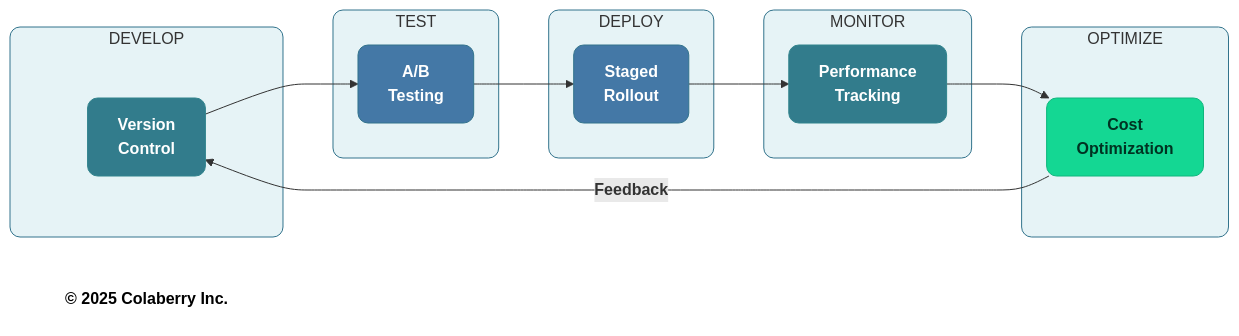
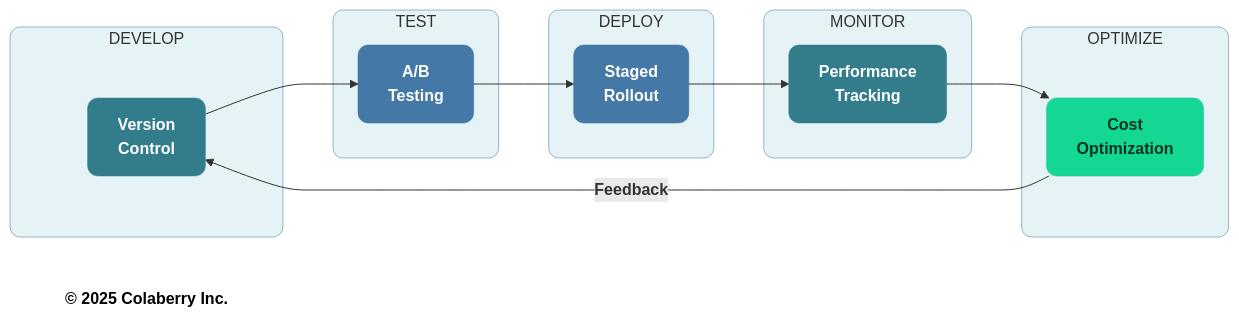
Before and after one commit to saitejesh-cyber/trust-before-intelligence-book: the third of 6 diagrams in manuscript/13_chapter_12_running_agents_at_scale_v1_2.md, drawn with Mermaid. The commit also changed other lines of this file and 12 other files, not shown here.

Commit message:
Update stroke width to 0.5px instead of 1px to all the diagrams

````diff
--- a/manuscript/13_chapter_12_running_agents_at_scale_v1_2.md
+++ b/manuscript/13_chapter_12_running_agents_at_scale_v1_2.md
@@ -311,39 +311,39 @@
 ```mermaid
 graph LR
     subgraph DEVELOP["DEVELOP"]
         D1["<b>Version<br/>Control</b>"]
     end
     
     subgraph TEST["TEST"]
         T1["<b>A/B<br/>Testing</b>"]
     end
     
     subgraph DEPLOY["DEPLOY"]
         P1["<b>Staged<br/>Rollout</b>"]
     end
     
     subgraph MONITOR["MONITOR"]
         M1["<b>Performance<br/>Tracking</b>"]
     end
     
     subgraph OPTIMIZE["OPTIMIZE"]
         O1["<b>Cost<br/>Optimization</b>"]
     end
     
     D1 --> T1 --> P1 --> M1 --> O1
     O1 -->|<b>Feedback</b>| D1
     
     Copyright["<b>© 2025 Colaberry Inc.</b>"]
     
-    style DEVELOP fill:#E6F3F6,stroke:#32738C,stroke-width:1px,rx:10,ry:10
-    style TEST fill:#E6F3F6,stroke:#32738C,stroke-width:1px,rx:10,ry:10
-    style DEPLOY fill:#E6F3F6,stroke:#32738C,stroke-width:1px,rx:10,ry:10
-    style MONITOR fill:#E6F3F6,stroke:#32738C,stroke-width:1px,rx:10,ry:10
-    style OPTIMIZE fill:#E6F3F6,stroke:#32738C,stroke-width:1px,rx:10,ry:10
-    style D1 fill:#327C8C,stroke:#30838C,stroke-width:1px,color:#ffffff,rx:10,ry:10
-    style T1 fill:#4478A6,stroke:#32738C,stroke-width:1px,color:#ffffff,rx:10,ry:10
-    style P1 fill:#4478A6,stroke:#32738C,stroke-width:1px,color:#ffffff,rx:10,ry:10
-    style M1 fill:#327C8C,stroke:#30838C,stroke-width:1px,color:#ffffff,rx:10,ry:10
-    style O1 fill:#14D793,stroke:#0FB67D,stroke-width:1px,color:#003322,rx:10,ry:10
+    style DEVELOP fill:#E6F3F6,stroke:#32738C,stroke-width:0.5px,rx:10,ry:10
+    style TEST fill:#E6F3F6,stroke:#32738C,stroke-width:0.5px,rx:10,ry:10
+    style DEPLOY fill:#E6F3F6,stroke:#32738C,stroke-width:0.5px,rx:10,ry:10
+    style MONITOR fill:#E6F3F6,stroke:#32738C,stroke-width:0.5px,rx:10,ry:10
+    style OPTIMIZE fill:#E6F3F6,stroke:#32738C,stroke-width:0.5px,rx:10,ry:10
+    style D1 fill:#327C8C,stroke:#30838C,stroke-width:0.5px,color:#ffffff,rx:10,ry:10
+    style T1 fill:#4478A6,stroke:#32738C,stroke-width:0.5px,color:#ffffff,rx:10,ry:10
+    style P1 fill:#4478A6,stroke:#32738C,stroke-width:0.5px,color:#ffffff,rx:10,ry:10
+    style M1 fill:#327C8C,stroke:#30838C,stroke-width:0.5px,color:#ffffff,rx:10,ry:10
+    style O1 fill:#14D793,stroke:#0FB67D,stroke-width:0.5px,color:#003322,rx:10,ry:10
     style Copyright fill:none,stroke:none,color:#000000
 ```
````
